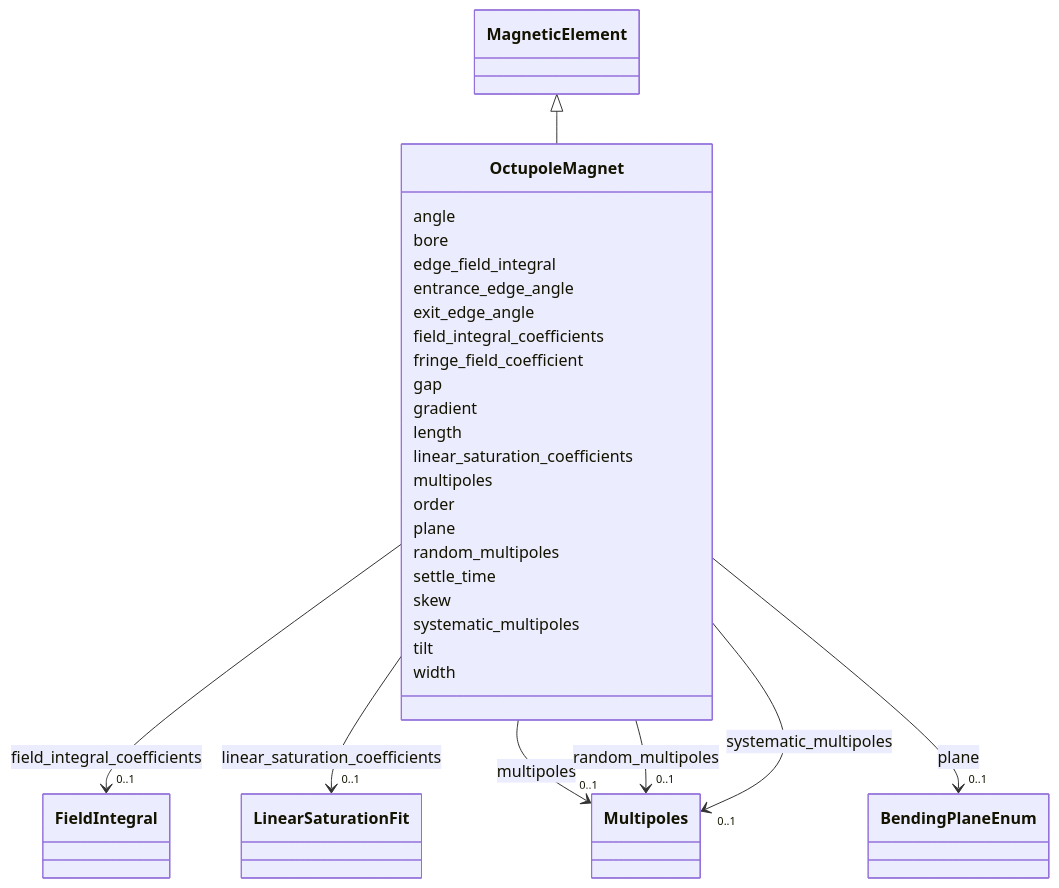
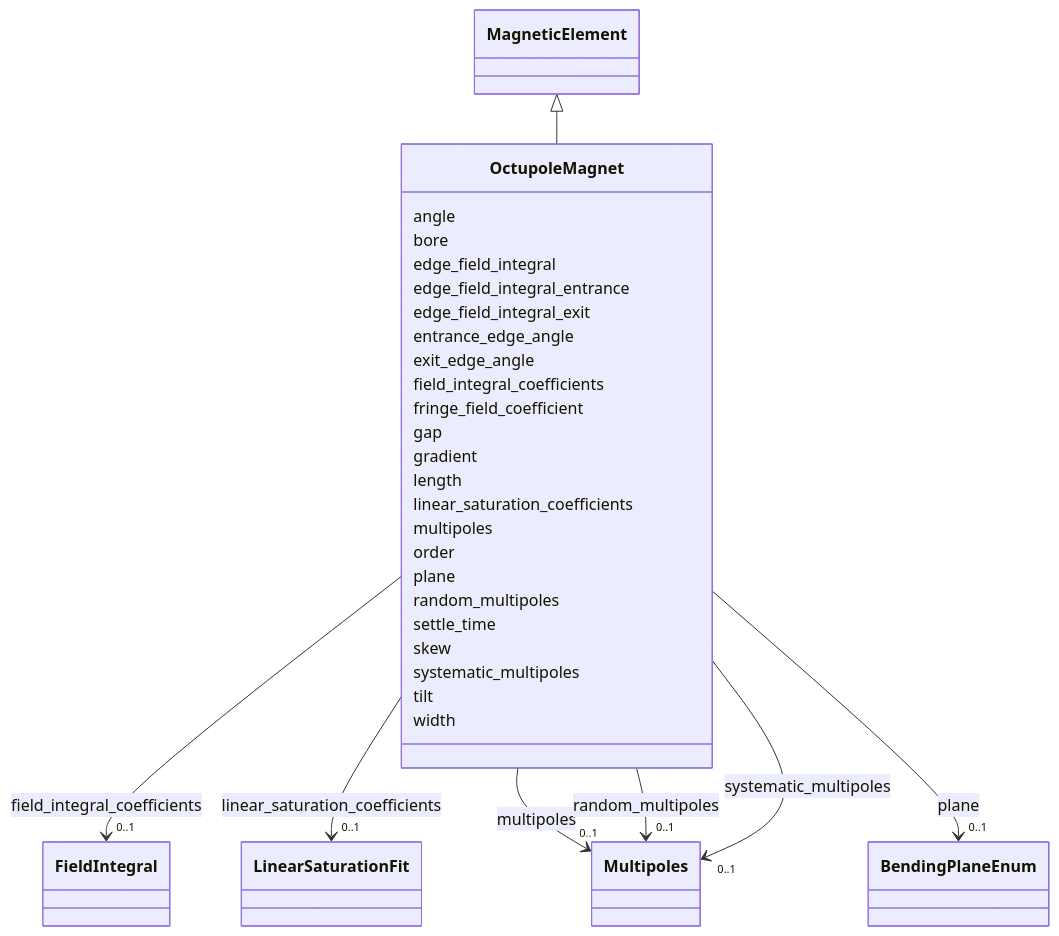
The diagram in docs/source/schema/OctupoleMagnet.md (astec-stfc/laura), drawn with Mermaid before and after one commit. The commit also changed other lines of this file and 292 other files, not shown here.

```diff
--- a/docs/source/schema/OctupoleMagnet.md
+++ b/docs/source/schema/OctupoleMagnet.md
@@ -27,6 +27,10 @@
       OctupoleMagnet : bore
         
       OctupoleMagnet : edge_field_integral
+        
+      OctupoleMagnet : edge_field_integral_entrance
+        
+      OctupoleMagnet : edge_field_integral_exit
         
       OctupoleMagnet : entrance_edge_angle
         
```
